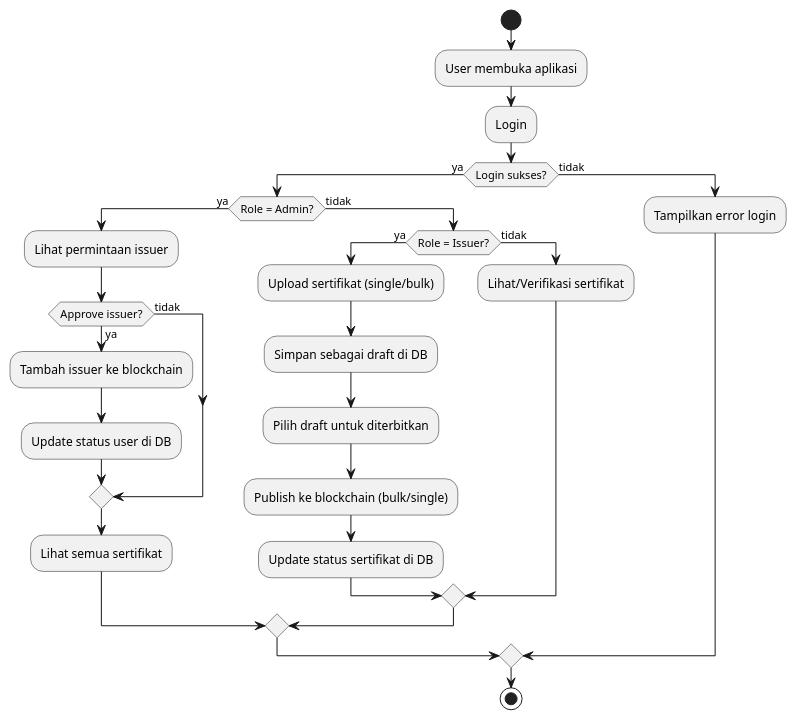
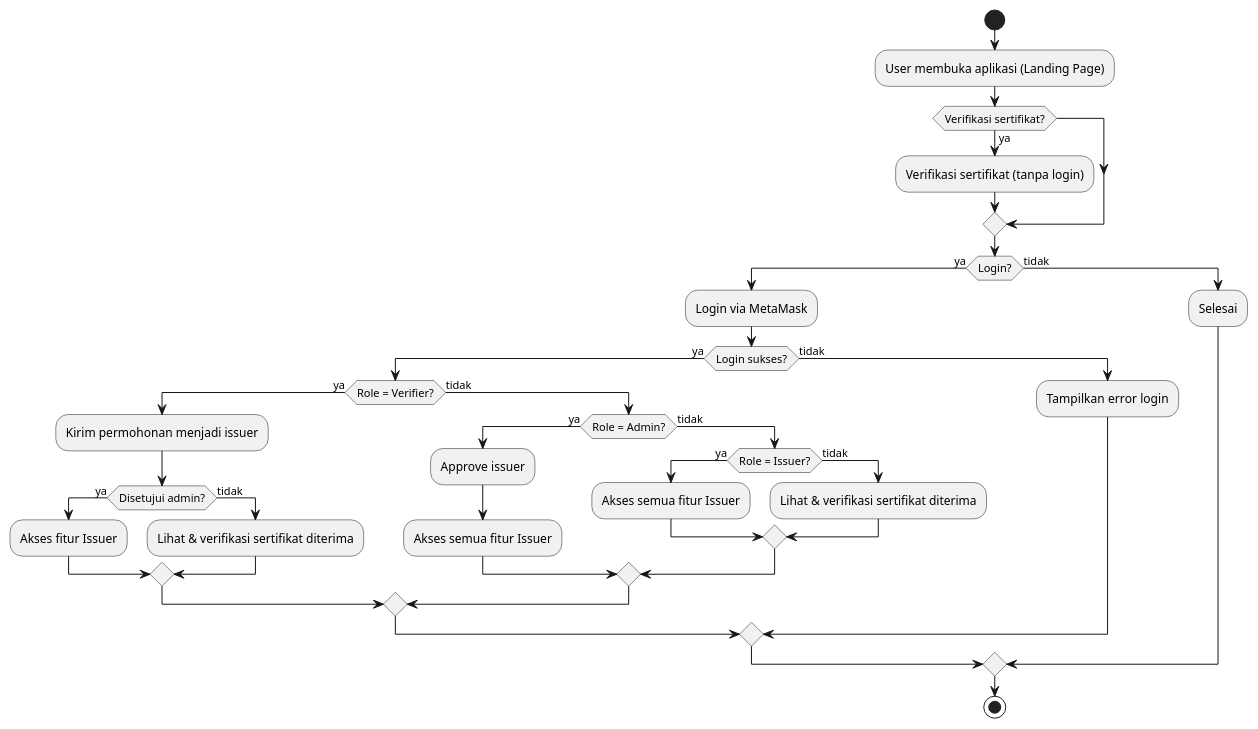
One commit to Aguh18/Skripsi-Projek-Penerbitan-Sertifikat-Berbasis-Blockhain-Polygon changed the diagram in plantuml/flowchart.puml. Above: the diagram before and after it, drawn with PlantUML. The commit also changed 5 other files, not shown here.

```diff
--- a/plantuml/flowchart.puml
+++ b/plantuml/flowchart.puml
@@ -1,29 +1,39 @@
 @startuml
 start
-:User membuka aplikasi;
-:Login;
-if (Login sukses?) then (ya)
-  if (Role = Admin?) then (ya)
-    :Lihat permintaan issuer;
-    if (Approve issuer?) then (ya)
-      :Tambah issuer ke blockchain;
-      :Update status user di DB;
+:User membuka aplikasi (Landing Page);
+if (Verifikasi sertifikat?) then (ya)
+  :Verifikasi sertifikat (tanpa login);
+endif
+if (Login?) then (ya)
+  :Login via MetaMask;
+  if (Login sukses?) then (ya)
+    if (Role = Verifier?) then (ya)
+      :Kirim permohonan menjadi issuer;
+      if (Disetujui admin?) then (ya)
+        :Akses fitur Issuer;
+      else (tidak)
+        :Lihat & verifikasi sertifikat diterima;
+      endif
     else (tidak)
+      if (Role = Admin?) then (ya)
+        :Approve issuer;
+        :Akses semua fitur Issuer;
+      else (tidak)
+        if (Role = Issuer?) then (ya)
+          :Akses semua fitur Issuer;
+        else (tidak)
+          :Lihat & verifikasi sertifikat diterima;
+        endif
+      endif
     endif
-    :Lihat semua sertifikat;
   else (tidak)
-    if (Role = Issuer?) then (ya)
-      :Upload sertifikat (single/bulk);
-      :Simpan sebagai draft di DB;
-      :Pilih draft untuk diterbitkan;
-      :Publish ke blockchain (bulk/single);
-      :Update status sertifikat di DB;
-    else (tidak)
-      :Lihat/Verifikasi sertifikat;
-    endif
+    :Tampilkan error login;
   endif
 else (tidak)
-  :Tampilkan error login;
+  :Selesai;
 endif
 stop
+
+' Keterangan:
+' Fitur Issuer: upload, draft, publish, lihat, verifikasi sertifikat
 @enduml 
```
